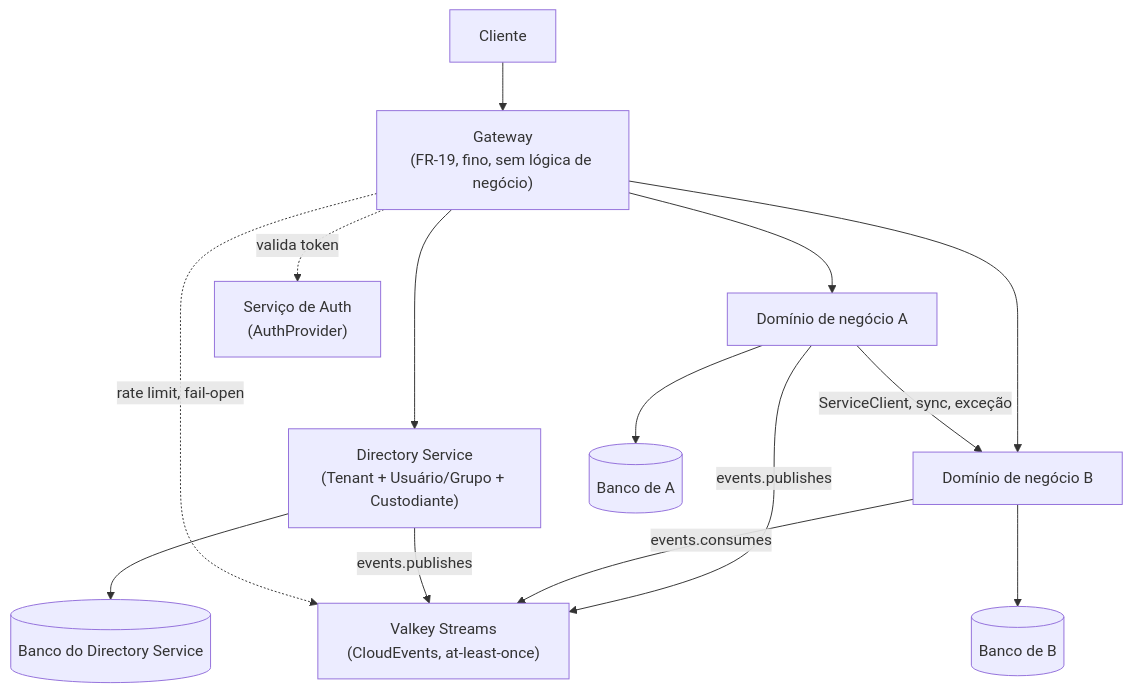
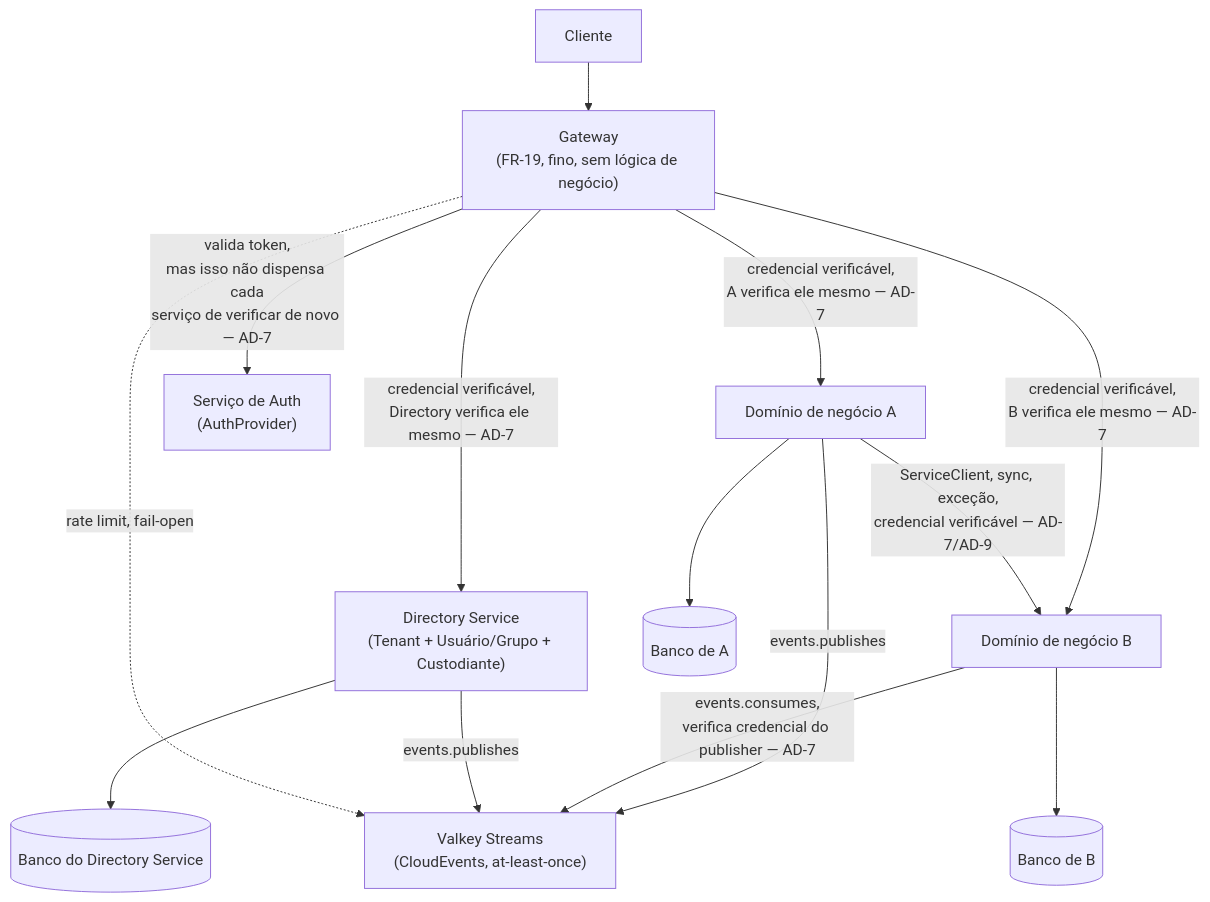
The third of 3 diagrams in _bmad-output/planning-artifacts/architecture/architecture-Tecton-2026-08-28/ARCHITECTURE-SPINE.md (rvavretchek/tecton), drawn with Mermaid before and after one commit. The commit also changed other lines of this file and 3 other files, not shown here.

First line of the commit message:
Arquitetura Tecton: reconciliacao de inputs + UML.md (Markdown+Mermaid)

````diff
--- a/_bmad-output/planning-artifacts/architecture/architecture-Tecton-2026-08-28/ARCHITECTURE-SPINE.md
+++ b/_bmad-output/planning-artifacts/architecture/architecture-Tecton-2026-08-28/ARCHITECTURE-SPINE.md
@@ -164,16 +165,16 @@
 ```mermaid
 graph TB
     Client["Cliente"] --> Gateway["Gateway<br/>(FR-19, fino, sem lógica de negócio)"]
-    Gateway --> Directory["Directory Service<br/>(Tenant + Usuário/Grupo + Custodiante)"]
-    Gateway --> DomainA["Domínio de negócio A"]
-    Gateway --> DomainB["Domínio de negócio B"]
-    DomainA -->|ServiceClient, sync, exceção| DomainB
+    Gateway -->|credencial verificável,<br/>Directory verifica ele mesmo — AD-7| Directory["Directory Service<br/>(Tenant + Usuário/Grupo + Custodiante)"]
+    Gateway -->|credencial verificável,<br/>A verifica ele mesmo — AD-7| DomainA["Domínio de negócio A"]
+    Gateway -->|credencial verificável,<br/>B verifica ele mesmo — AD-7| DomainB["Domínio de negócio B"]
+    DomainA -->|ServiceClient, sync, exceção,<br/>credencial verificável — AD-7/AD-9| DomainB
     DomainA -->|events.publishes| Valkey["Valkey Streams<br/>(CloudEvents, at-least-once)"]
-    DomainB -->|events.consumes| Valkey
+    DomainB -->|events.consumes,<br/>verifica credencial do publisher — AD-7| Valkey
     Directory -->|events.publishes| Valkey
     Directory --> DirDB[("Banco do Directory Service")]
     DomainA --> DBA[("Banco de A")]
     DomainB --> DBB[("Banco de B")]
     Gateway -.->|rate limit, fail-open| Valkey
-    Gateway -.->|valida token| AuthSvc["Serviço de Auth<br/>(AuthProvider)"]
+    Gateway -->|valida token,<br/>mas isso não dispensa cada<br/>serviço de verificar de novo — AD-7| AuthSvc["Serviço de Auth<br/>(AuthProvider)"]
 ```
````
